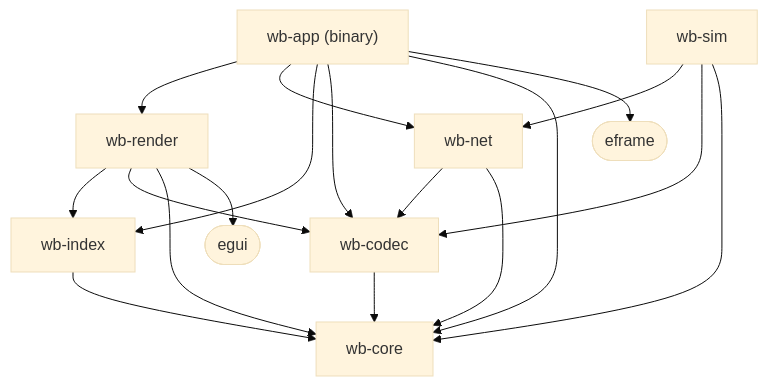
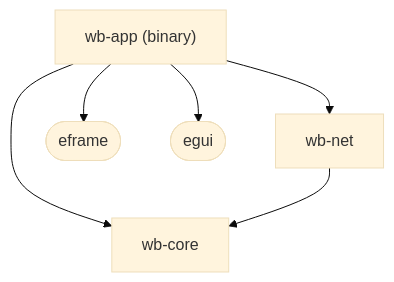
Before and after one commit to Student-Team-Projects/Most-Overkilled-Whiteboard-for-ArchLinux: the first of 4 diagrams in docs/architecture.md, drawn with Mermaid (base theme). The commit also changed other lines of this file and 18 other files, not shown here.

Commit message:
Workspace: 7 crates → 3 (wb-core, wb-net, wb-app) (G31, ADR 0024)

````diff
--- a/docs/architecture.md
+++ b/docs/architecture.md
@@ -11,29 +11,13 @@
 ```mermaid
 flowchart TD
     app["wb-app (binary)"]
-    sim["wb-sim"]
-    render["wb-render"]
     net["wb-net"]
-    index["wb-index"]
-    codec["wb-codec"]
     core["wb-core"]
     eframe(["eframe"])
     egui(["egui"])
-    app --> render
     app --> net
-    app --> index
-    app --> codec
     app --> core
     app --> eframe
-    sim --> net
-    sim --> codec
-    sim --> core
-    render --> index
-    render --> codec
-    render --> core
-    render --> egui
-    net --> codec
+    app --> egui
     net --> core
-    index --> core
-    codec --> core
 ```
````
